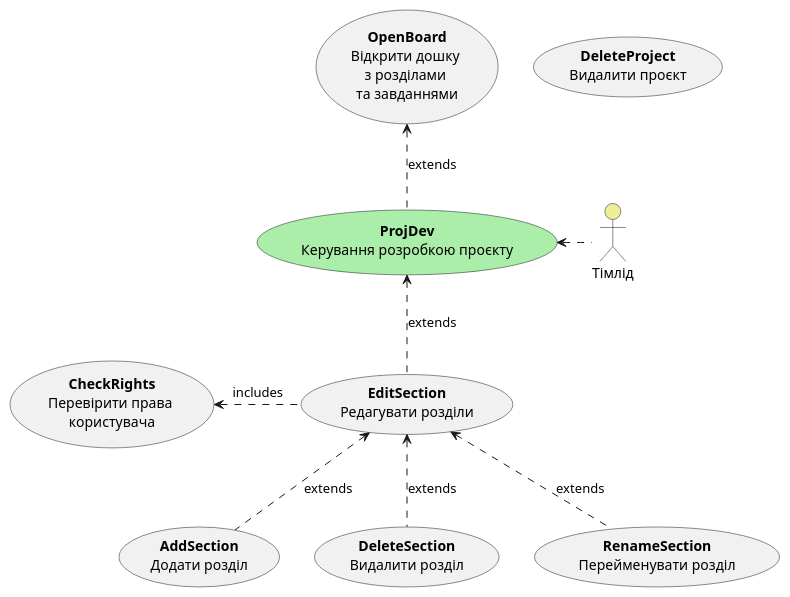
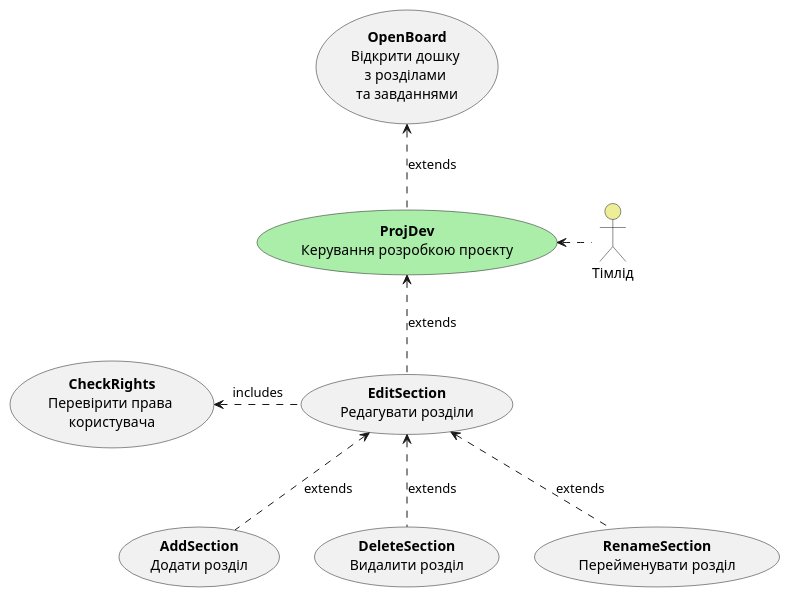
Before and after one commit to svitbar/dbuildery: the third of 22 diagrams in docs/use cases/README.md, drawn with PlantUML.

Commit message:
я думала я закомітила

```diff
--- a/docs/use cases/README.md
+++ b/docs/use cases/README.md
@@ -128,26 +128,25 @@
 @startuml
 
     actor "Тімлід" as Teamlead #eeee99 
     
     usecase "<b>ProjDev</b>\nКерування розробкою проєкту" as ProjDev #aaeeaa
     
     Teamlead .l.-> ProjDev
     
     usecase "<b>CheckRights</b>\nПеревірити права \nкористувача" as CheckRights
     
-    usecase "<b>DeleteProject</b>\nВидалити проєкт" as DeleteProject
     usecase "<b>OpenBoard</b>\nВідкрити дошку \nз розділами \nта завданнями" as OpenBoard
     usecase "<b>EditSection</b>\nРедагувати розділи" as EditSection
     usecase "<b>AddSection</b>\nДодати розділ" as AddSection
     usecase "<b>DeleteSection</b>\nВидалити розділ" as DeleteSection
     usecase "<b>RenameSection</b>\nПерейменувати розділ" as RenameSection
     
     ProjDev .u.> OpenBoard: extends
     EditSection .u.> ProjDev: extends
     AddSection .u.> EditSection: extends
     DeleteSection .u.> EditSection: extends
     RenameSection .u.> EditSection: extends
 
     EditSection .l.> CheckRights: includes
     
 @enduml
```
